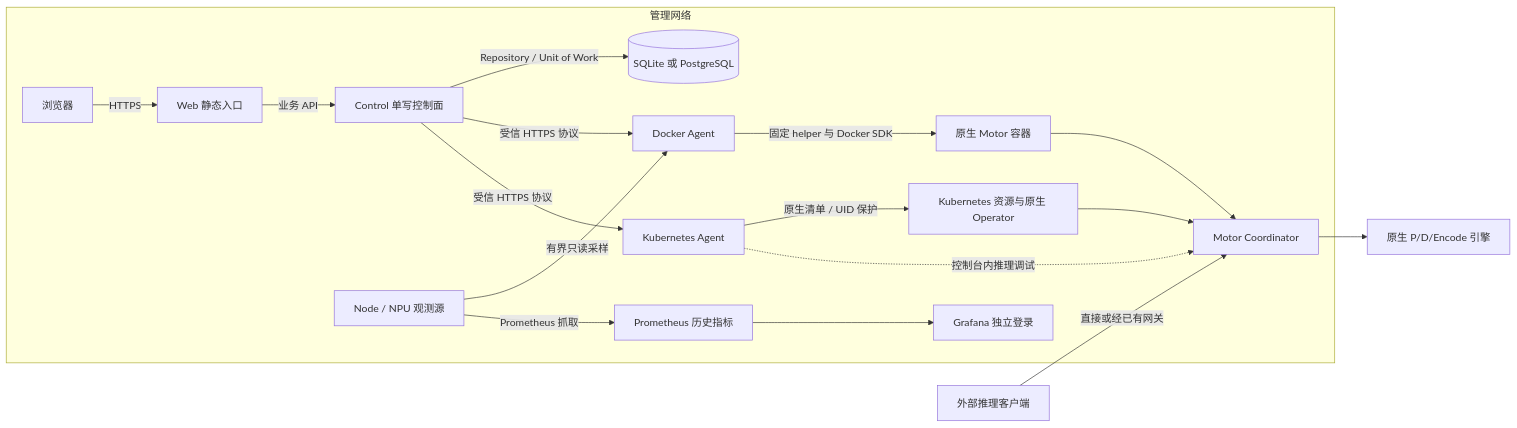
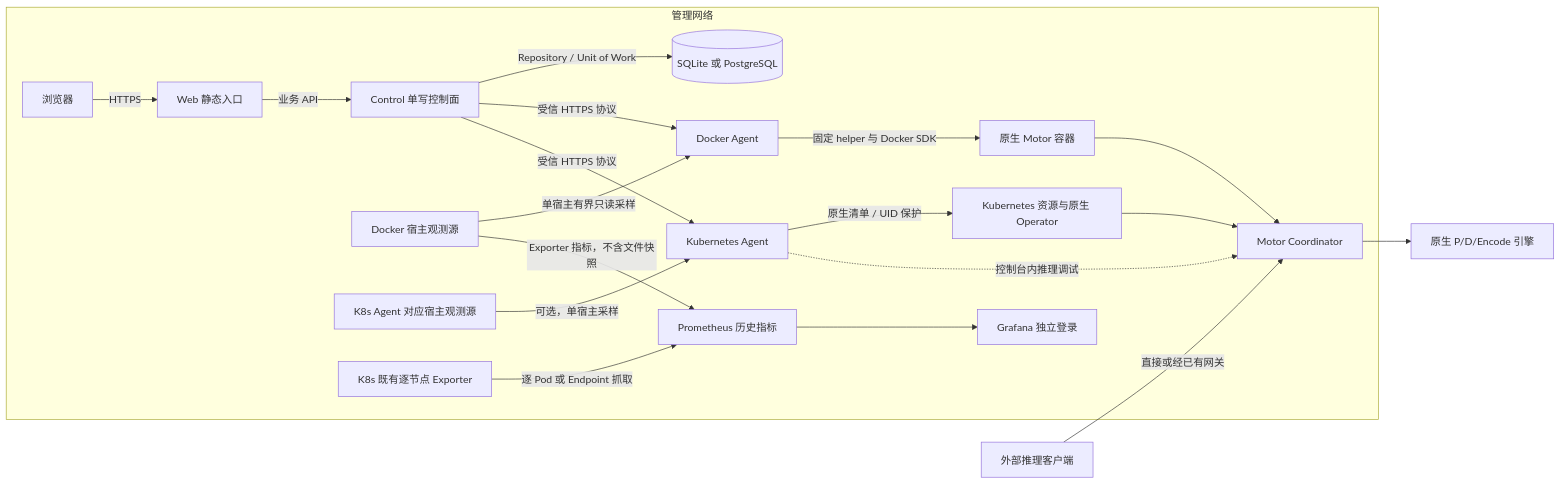
The first of 3 diagrams in web/ARCHITECTURE.md (ZhengDeL/MindIE-Motor-Console), drawn with Mermaid before and after one commit. The commit also changed other lines of this file and 10 other files, not shown here.

Commit message:
docs: clarify replaceable plugin architecture and Kubernetes monitoring

````diff
--- a/web/ARCHITECTURE.md
+++ b/web/ARCHITECTURE.md
@@ -7,20 +7,22 @@
 ```mermaid
 flowchart LR
   subgraph 管理网络
     U[浏览器] -->|HTTPS| W[Web 静态入口]
     W -->|业务 API| C[Control 单写控制面]
     C -->|Repository / Unit of Work| S[(SQLite 或 PostgreSQL)]
     C -->|受信 HTTPS 协议| A[Docker Agent]
     C -->|受信 HTTPS 协议| K[Kubernetes Agent]
     A -->|固定 helper 与 Docker SDK| D[原生 Motor 容器]
     K -->|原生清单 / UID 保护| R[Kubernetes 资源与原生 Operator]
     K -. 控制台内推理调试 .-> M[Motor Coordinator]
-    E[Node / NPU 观测源] -->|有界只读采样| A
-    E -->|Prometheus 抓取| P[Prometheus 历史指标]
+    E[Docker 宿主观测源] -->|单宿主有界只读采样| A
+    KE[K8s Agent 对应宿主观测源] -->|可选，单宿主采样| K
+    E -->|Exporter 指标，不含文件快照| P[Prometheus 历史指标]
+    CE[K8s 既有逐节点 Exporter] -->|逐 Pod 或 Endpoint 抓取| P
     P --> G[Grafana 独立登录]
   end
   D --> M
   R --> M
   B[外部推理客户端] -->|直接或经已有网关| M
   M --> I[原生 P/D/Encode 引擎]
 ```
````
